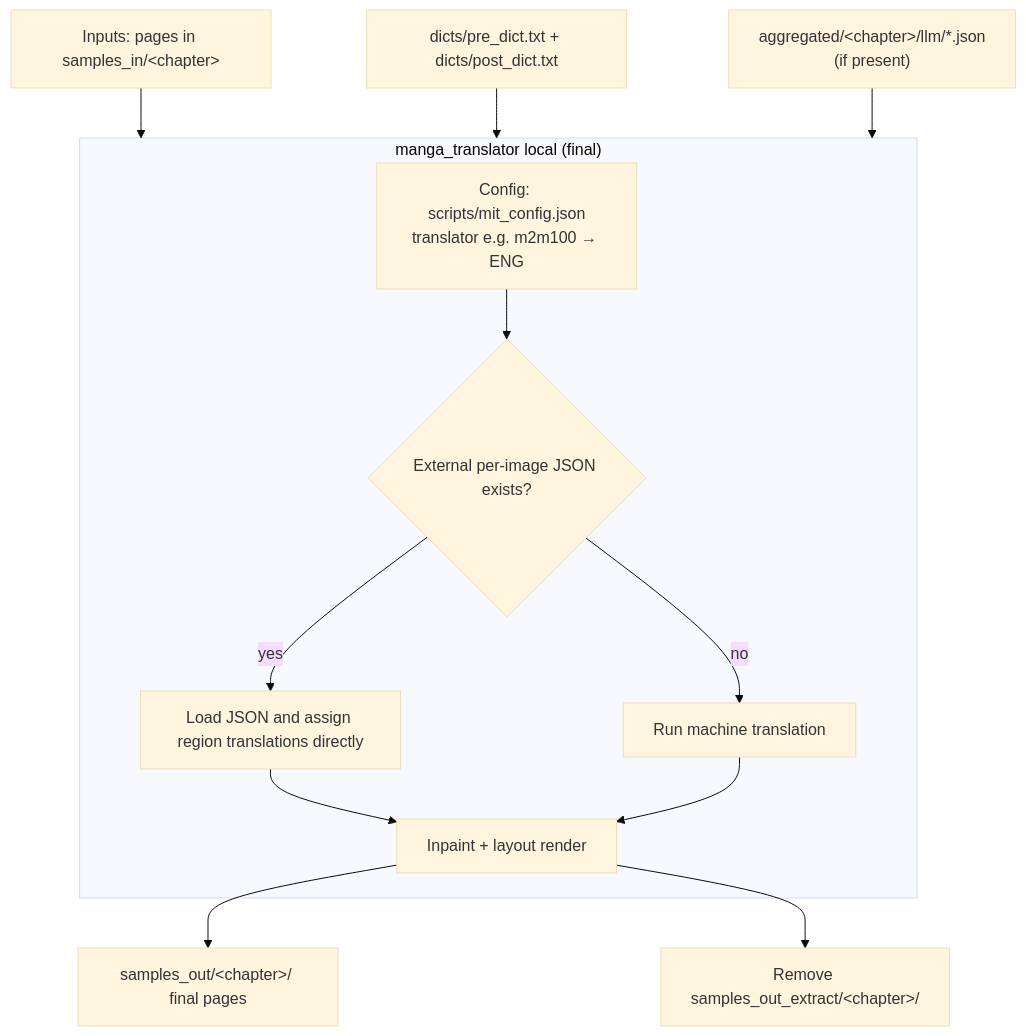
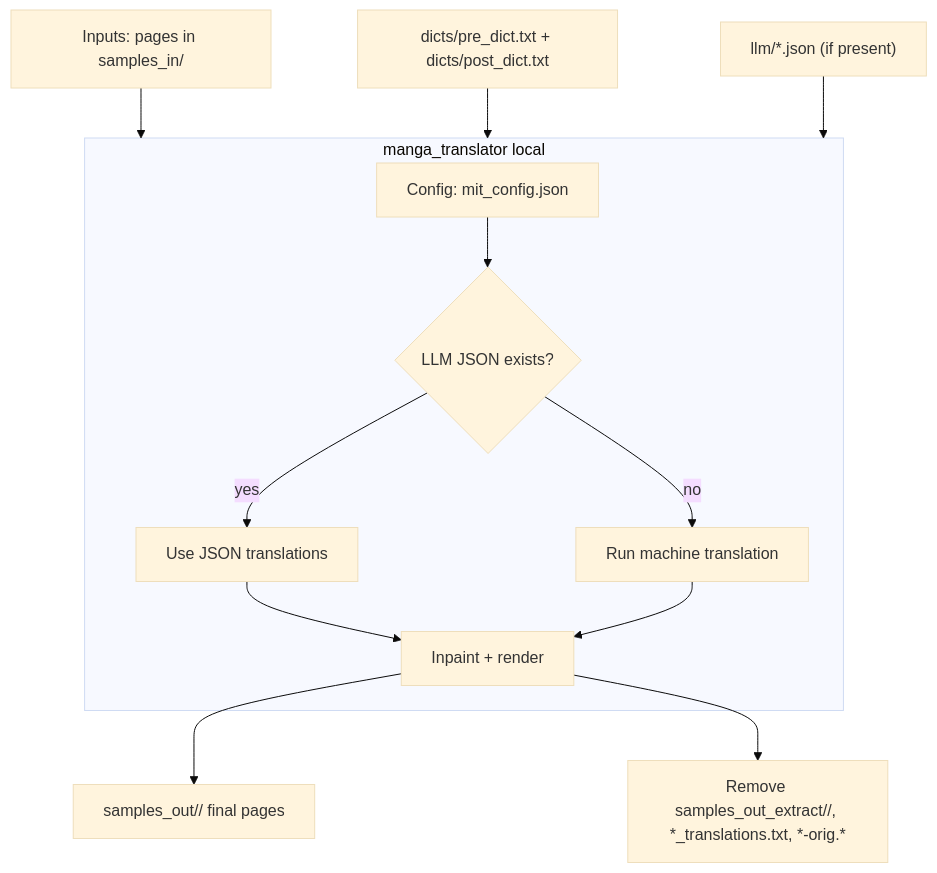
Before and after one commit to bizzkoot/manga-image-translator-wrapper: the fourth of 4 diagrams in README.md, drawn with Mermaid (base theme). The commit also changed other lines of this file and 7 other files, not shown here.

````diff
--- a/README.md
+++ b/README.md
@@ -224,18 +167,17 @@
 ```mermaid
 graph TD
-  R0["Inputs: pages in samples_in/&lt;chapter&gt;"] --> R1["Render pass via mit_run.sh"]
+  R0["Inputs: pages in samples_in/<chapter>"] --> R1["Render via mit_run.sh"]
   R2["dicts/pre_dict.txt + dicts/post_dict.txt"] --> R1
-  R3["aggregated/&lt;chapter&gt;/llm/*.json<br/>(if present)"] --> R1
+  R3["llm/*.json (if present)"] --> R1
 
-  subgraph R1["manga_translator local (final)"]
-    C1["Config: scripts/mit_config.json<br/>translator e.g. m2m100 → ENG"]
-    C1 --> T1{"External per-image JSON exists?"}
-    T1 -- yes --> E1["Load JSON and assign region translations directly"]
+  subgraph R1["manga_translator local"]
+    C1["Config: mit_config.json"] --> T1{"LLM JSON exists?"}
+    T1 -- yes --> E1["Use JSON translations"]
     T1 -- no --> E2["Run machine translation"]
-    E1 --> P["Inpaint + layout render"]
+    E1 --> P["Inpaint + render"]
     E2 --> P
   end
 
-  P --> OUT["samples_out/&lt;chapter&gt;/ final pages"]
-  P --> CLEAN["Remove samples_out_extract/&lt;chapter&gt;/"]
+  P --> OUT["samples_out/<chapter>/ final pages"]
+  P --> CLEAN["Remove samples_out_extract/<chapter>/, *_translations.txt, *-orig.*"]
 ```
````
